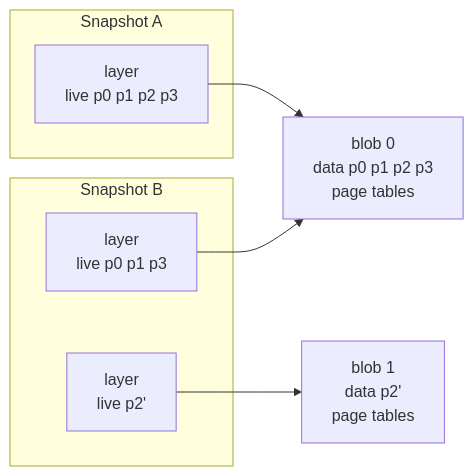
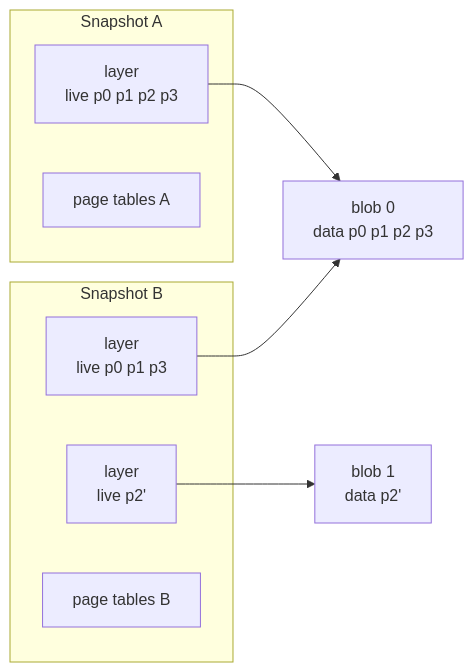
Before and after one commit to ludfjig/hyperlight: the diagram in proposals/0003-incremental-snapshots/README.md, drawn with Mermaid. The commit also changed other lines of this file and 28 other files, not shown here.

````diff
--- a/proposals/0003-incremental-snapshots/README.md
+++ b/proposals/0003-incremental-snapshots/README.md
@@ -47,15 +47,17 @@
 ```mermaid
 flowchart LR
   subgraph A["Snapshot A"]
     LA["layer<br>live p0 p1 p2 p3"]
+    PTA["page tables A"]
   end
   subgraph B["Snapshot B"]
     LB0["layer<br>live p0 p1 p3"]
     LB1["layer<br>live p2'"]
+    PTB["page tables B"]
   end
-  BLOB0["blob 0<br>data p0 p1 p2 p3<br>page tables"]
-  BLOB1["blob 1<br>data p2'<br>page tables"]
+  BLOB0["blob 0<br>data p0 p1 p2 p3"]
+  BLOB1["blob 1<br>data p2'"]
   LA --> BLOB0
   LB0 --> BLOB0
   LB1 --> BLOB1
 ```
````
